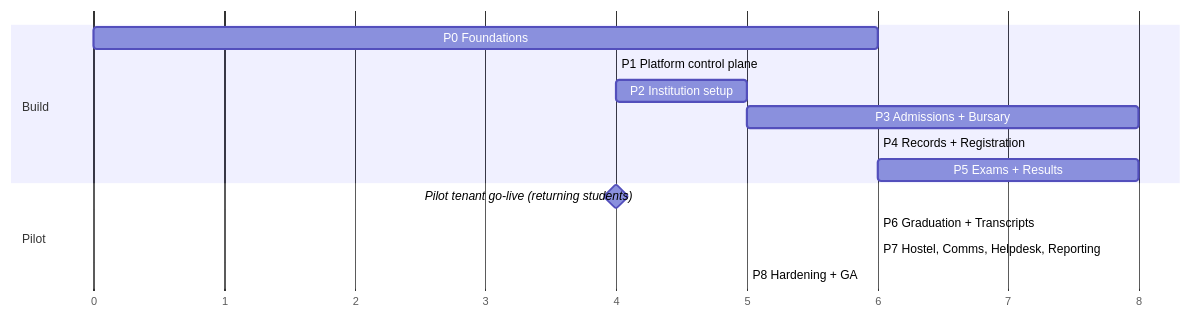
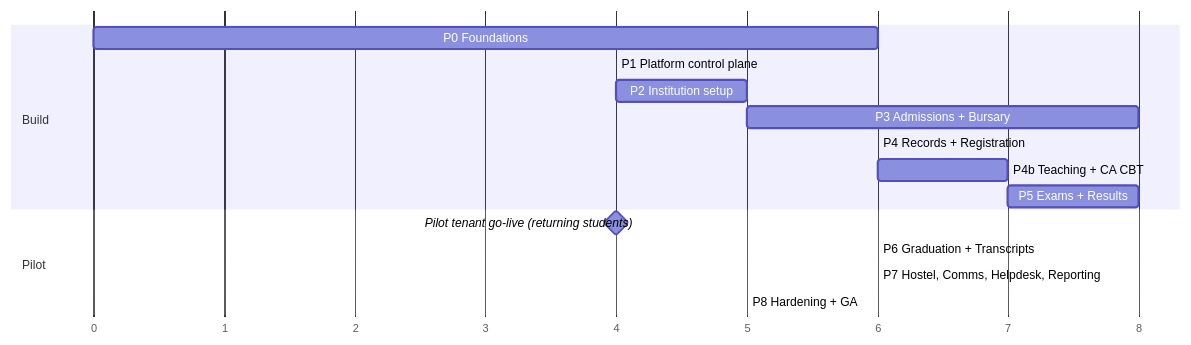
One commit to w1t3ack3r/univarse changed the diagram in docs/18-roadmap.md. Above: the diagram before and after it, drawn with Mermaid. The commit also changed other lines of this file and 11 other files, not shown here.

First line of the commit message:
docs: product vision — platform positioning, product suite, CA CBT, teaching, support chain (#9)

````diff
--- a/docs/18-roadmap.md
+++ b/docs/18-roadmap.md
@@ -7,17 +7,18 @@
 ```mermaid
 gantt
   dateFormat  X
   axisFormat  %s
   section Build
   P0 Foundations            :p0, 0, 6
   P1 Platform control plane :p1, after p0, 4
   P2 Institution setup      :p2, after p1, 5
   P3 Admissions + Bursary   :p3, after p2, 8
   P4 Records + Registration :p4, after p3, 6
-  P5 Exams + Results        :p5, after p4, 8
+  P4b Teaching + CA CBT     :p4b, after p4, 7
+  P5 Exams + Results        :p5, after p4b, 8
   section Pilot
   Pilot tenant go-live (returning students) :milestone, after p5, 0
   P6 Graduation + Transcripts :p6, after p5, 6
   P7 Hostel, Comms, Helpdesk, Reporting :p7, after p6, 6
   P8 Hardening + GA         :p8, after p7, 5
 ```
````
